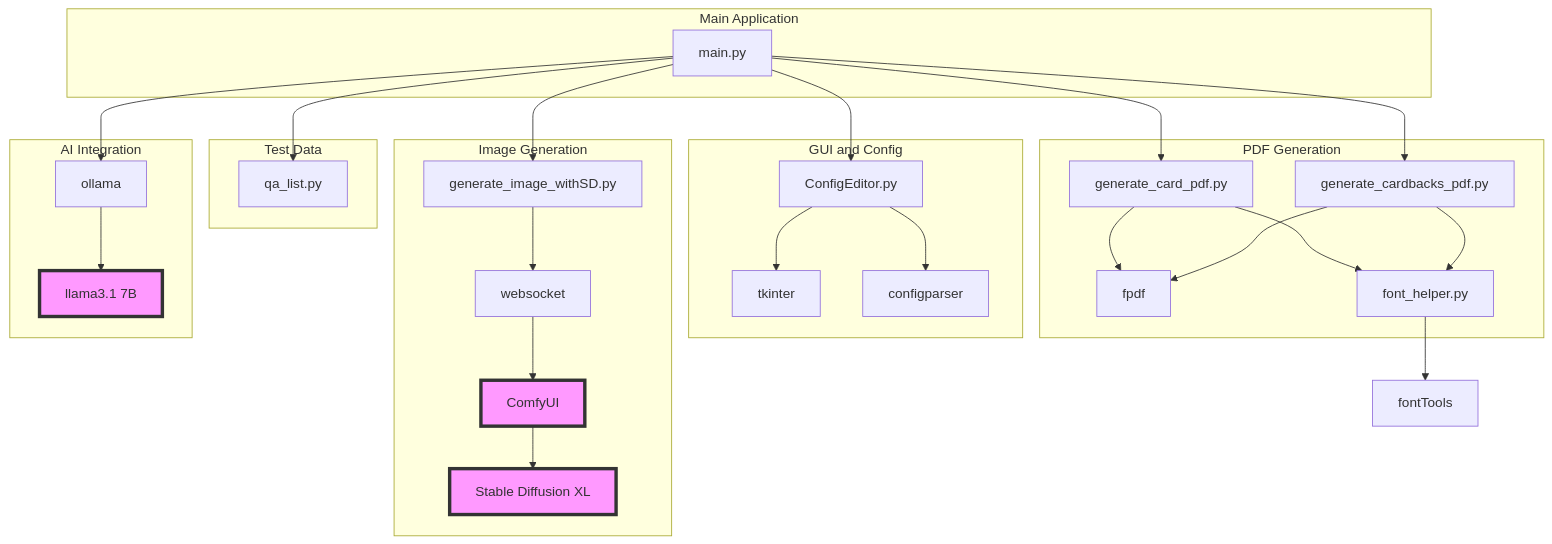
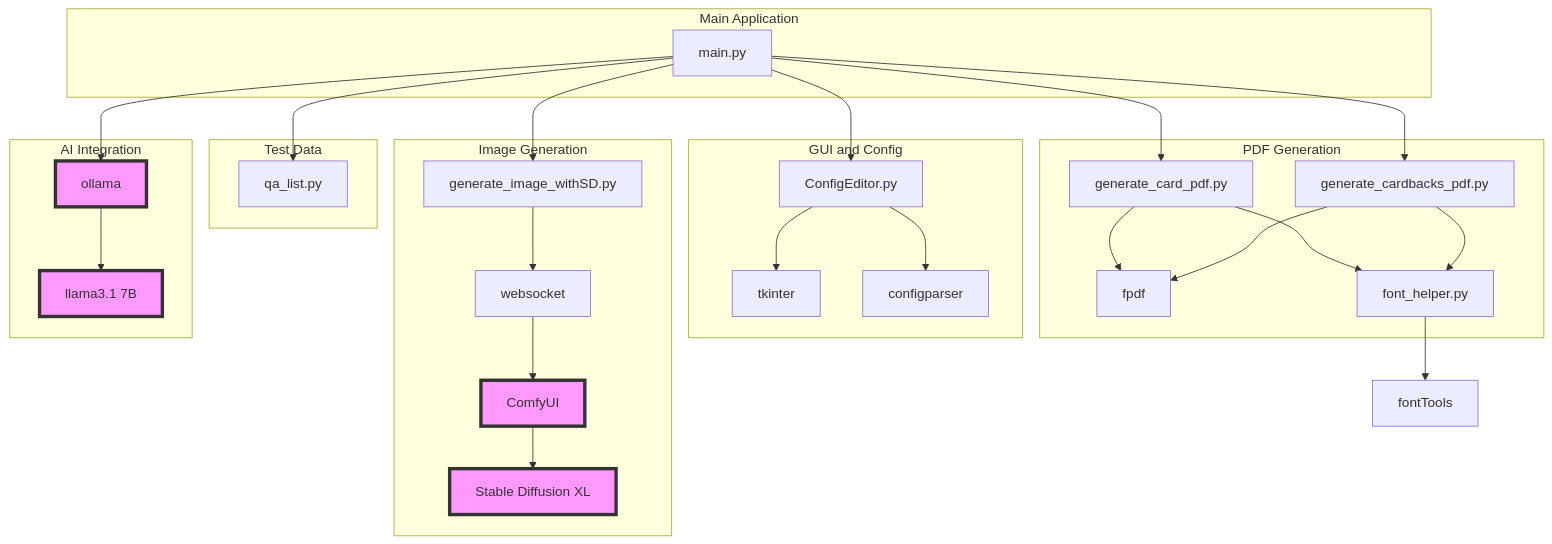
One commit to chrisaharden/ollamagamecards changed the diagram in docs/code-module-diagram.mermaid. Above: the diagram before and after it, drawn with Mermaid. The commit also changed 6 other files, not shown here.

Commit message:
diagram now has ollama as a 3rd party block

```diff
--- a/docs/code-module-diagram.mermaid
+++ b/docs/code-module-diagram.mermaid
@@ -1,62 +1,62 @@
 graph TD
     A[main.py] --> B[ConfigEditor.py]
     A --> C[generate_card_pdf.py]
     A --> D[generate_cardbacks_pdf.py]
     A --> E[generate_image_withSD.py]
     A --> F[qa_list.py]
     
     B --> G[tkinter]
     B --> H[configparser]
     
     C --> I[fpdf]
     C --> J[font_helper.py]
     
     D --> I
     D --> J
     
     E --> K[websocket]
     
     J --> L[fontTools]
     
     A --> M[ollama]
     
     K --> N[ComfyUI]
     N --> O[Stable Diffusion XL]
     
     M --> P[llama3.1 7B]
     
     subgraph "Main Application"
         A
     end
     
     subgraph "GUI and Config"
         B
         G
         H
     end
     
     subgraph "PDF Generation"
         C
         D
         I
         J
     end
     
     subgraph "Image Generation"
         E
         K
         N
         O
     end
     
     subgraph "Test Data"
         F
     end
     
     subgraph "AI Integration"
         M
         P
     end
 
     classDef externalSystem fill:#f9f,stroke:#333,stroke-width:4px;
-    class O,P,N externalSystem;
+    class M,N,O,P externalSystem;
```
